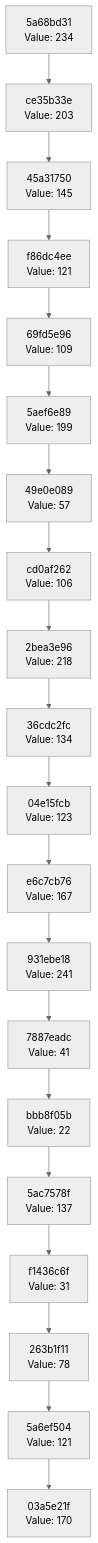
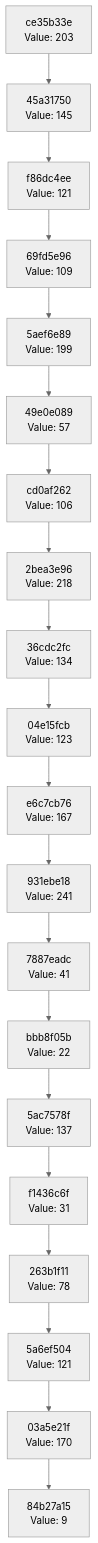
One commit to Abhisheksinha1506/hash-chain-evolver changed the diagram in docs/CHAIN_VISUALIZATION.md. Above: the diagram before and after it, drawn with Mermaid (neutral theme). The commit also changed 2 other files, not shown here.

Commit message:
Evolution step: hash 0x09 → action executed

````diff
--- a/docs/CHAIN_VISUALIZATION.md
+++ b/docs/CHAIN_VISUALIZATION.md
@@ -3,42 +3,42 @@
 ```mermaid
 graph TD
-    C0["03a5e21f<br/>Value: 170"]
-    C1["5a6ef504<br/>Value: 121"]
+    C0["84b27a15<br/>Value: 9"]
+    C1["03a5e21f<br/>Value: 170"]
     C1 --> C0
-    C2["263b1f11<br/>Value: 78"]
+    C2["5a6ef504<br/>Value: 121"]
     C2 --> C1
-    C3["f1436c6f<br/>Value: 31"]
+    C3["263b1f11<br/>Value: 78"]
     C3 --> C2
-    C4["5ac7578f<br/>Value: 137"]
+    C4["f1436c6f<br/>Value: 31"]
     C4 --> C3
-    C5["bbb8f05b<br/>Value: 22"]
+    C5["5ac7578f<br/>Value: 137"]
     C5 --> C4
-    C6["7887eadc<br/>Value: 41"]
+    C6["bbb8f05b<br/>Value: 22"]
     C6 --> C5
-    C7["931ebe18<br/>Value: 241"]
+    C7["7887eadc<br/>Value: 41"]
     C7 --> C6
-    C8["e6c7cb76<br/>Value: 167"]
+    C8["931ebe18<br/>Value: 241"]
     C8 --> C7
-    C9["04e15fcb<br/>Value: 123"]
+    C9["e6c7cb76<br/>Value: 167"]
     C9 --> C8
-    C10["36cdc2fc<br/>Value: 134"]
+    C10["04e15fcb<br/>Value: 123"]
     C10 --> C9
-    C11["2bea3e96<br/>Value: 218"]
+    C11["36cdc2fc<br/>Value: 134"]
     C11 --> C10
-    C12["cd0af262<br/>Value: 106"]
+    C12["2bea3e96<br/>Value: 218"]
     C12 --> C11
-    C13["49e0e089<br/>Value: 57"]
+    C13["cd0af262<br/>Value: 106"]
     C13 --> C12
-    C14["5aef6e89<br/>Value: 199"]
+    C14["49e0e089<br/>Value: 57"]
     C14 --> C13
-    C15["69fd5e96<br/>Value: 109"]
+    C15["5aef6e89<br/>Value: 199"]
     C15 --> C14
-    C16["f86dc4ee<br/>Value: 121"]
+    C16["69fd5e96<br/>Value: 109"]
     C16 --> C15
-    C17["45a31750<br/>Value: 145"]
+    C17["f86dc4ee<br/>Value: 121"]
     C17 --> C16
-    C18["ce35b33e<br/>Value: 203"]
+    C18["45a31750<br/>Value: 145"]
     C18 --> C17
-    C19["5a68bd31<br/>Value: 234"]
+    C19["ce35b33e<br/>Value: 203"]
     C19 --> C18
 ```
````
